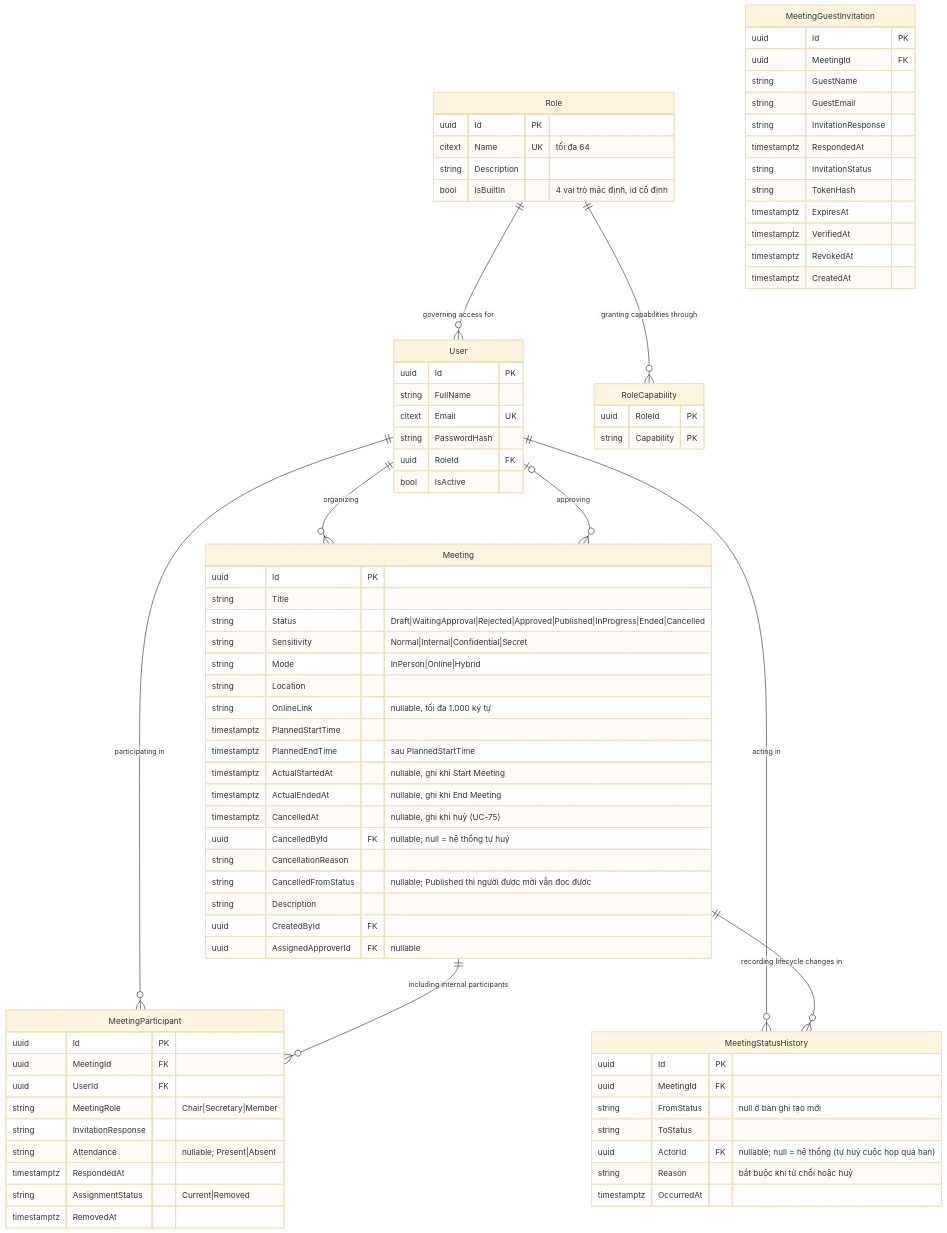
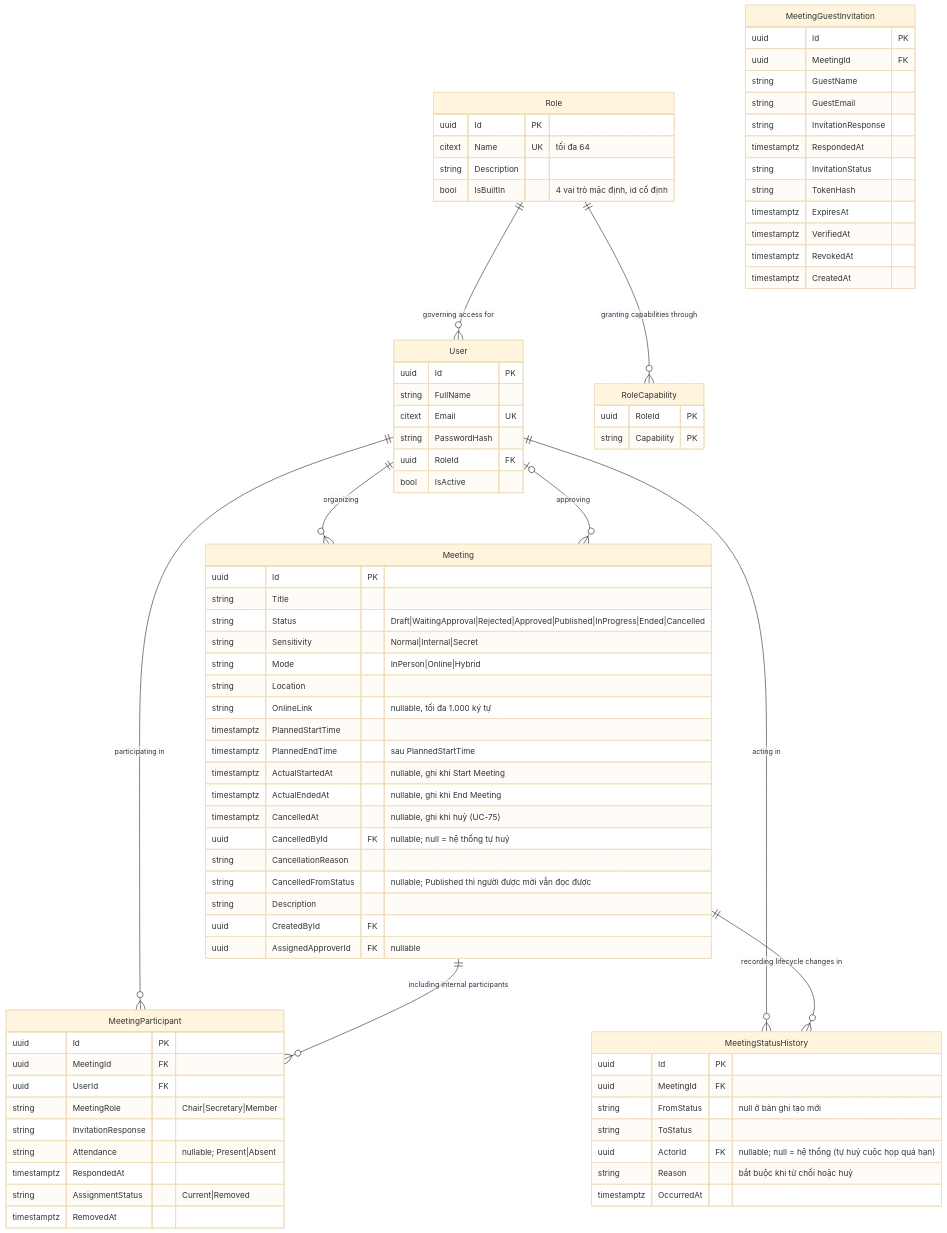
One commit to callmehai/FU-FA26-G116 changed the first of 6 diagrams in docs/02-design/02-erd.md. Above: the diagram before and after it, drawn with Mermaid (base theme). The commit also changed 43 other files, not shown here.

```diff
--- a/docs/02-design/02-erd.md
+++ b/docs/02-design/02-erd.md
@@ -131,7 +131,7 @@
         uuid Id PK
         string Title
         string Status "Draft|WaitingApproval|Rejected|Approved|Published|InProgress|Ended|Cancelled"
-        string Sensitivity "Normal|Internal|Confidential|Secret"
+        string Sensitivity "Normal|Internal|Secret"
         string Mode "InPerson|Online|Hybrid"
         string Location
         string OnlineLink "nullable, tối đa 1.000 ký tự"
```
